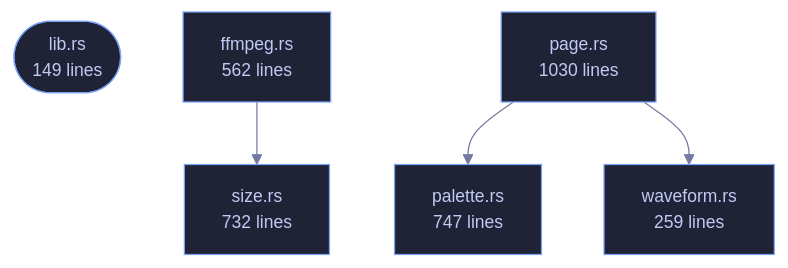
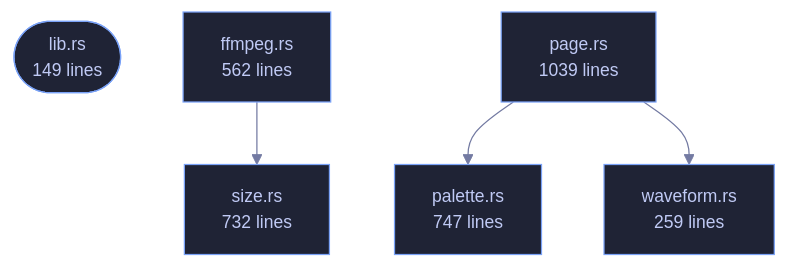
Before and after one commit to tilas01/veilvoice: the diagram in wiki/Crate-veilvoice-video.md, drawn with Mermaid. The commit also changed other lines of this file and 55 other files, not shown here.

````diff
--- a/wiki/Crate-veilvoice-video.md
+++ b/wiki/Crate-veilvoice-video.md
@@ -77,19 +77,19 @@
 ```mermaid
 %%{init: {"theme":"base","themeVariables":{"background":"#1a1b26","primaryColor":"#1f2335","primaryTextColor":"#c0caf5","primaryBorderColor":"#7aa2f7","secondaryColor":"#16161e","tertiaryColor":"#16161e","lineColor":"#737aa2","textColor":"#c0caf5","mainBkg":"#1f2335","nodeBorder":"#7aa2f7","clusterBkg":"#16161e","clusterBorder":"#2f3549","fontFamily":"ui-monospace, SFMono-Regular, Consolas, monospace","fontSize":"14px"}}}%%
 flowchart TD
     n_lib(["lib.rs<br/>149 lines"])
     n_ffmpeg["ffmpeg.rs<br/>562 lines"]
-    n_page["page.rs<br/>1030 lines"]
+    n_page["page.rs<br/>1039 lines"]
     n_palette["palette.rs<br/>747 lines"]
     n_size["size.rs<br/>732 lines"]
     n_waveform["waveform.rs<br/>259 lines"]
     n_ffmpeg --> n_size
     n_page --> n_palette
     n_page --> n_waveform
     click n_lib href "https://github.com/tilas01/veilvoice/blob/main/crates/veilvoice-video/src/lib.rs" "open the source"
     click n_ffmpeg href "https://github.com/tilas01/veilvoice/blob/main/crates/veilvoice-video/src/ffmpeg.rs" "open the source"
     click n_page href "https://github.com/tilas01/veilvoice/blob/main/crates/veilvoice-video/src/page.rs" "open the source"
     click n_palette href "https://github.com/tilas01/veilvoice/blob/main/crates/veilvoice-video/src/palette.rs" "open the source"
     click n_size href "https://github.com/tilas01/veilvoice/blob/main/crates/veilvoice-video/src/size.rs" "open the source"
     click n_waveform href "https://github.com/tilas01/veilvoice/blob/main/crates/veilvoice-video/src/waveform.rs" "open the source"
 ```
````
